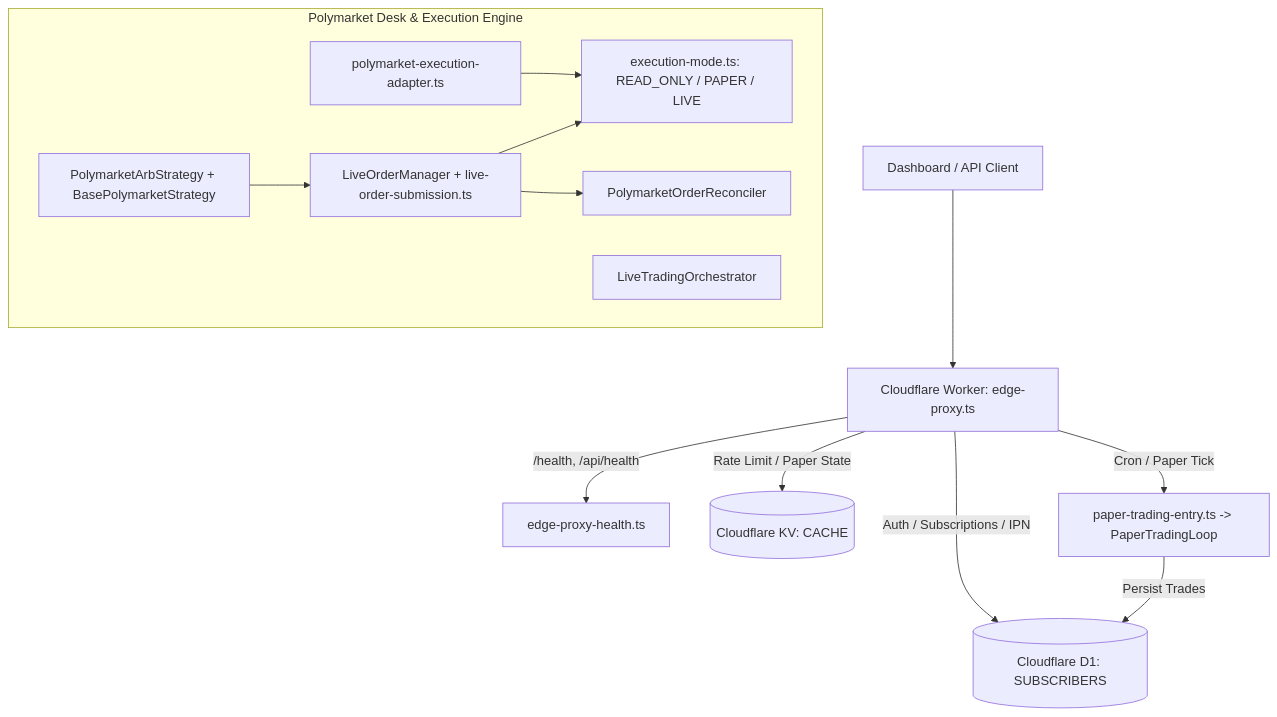
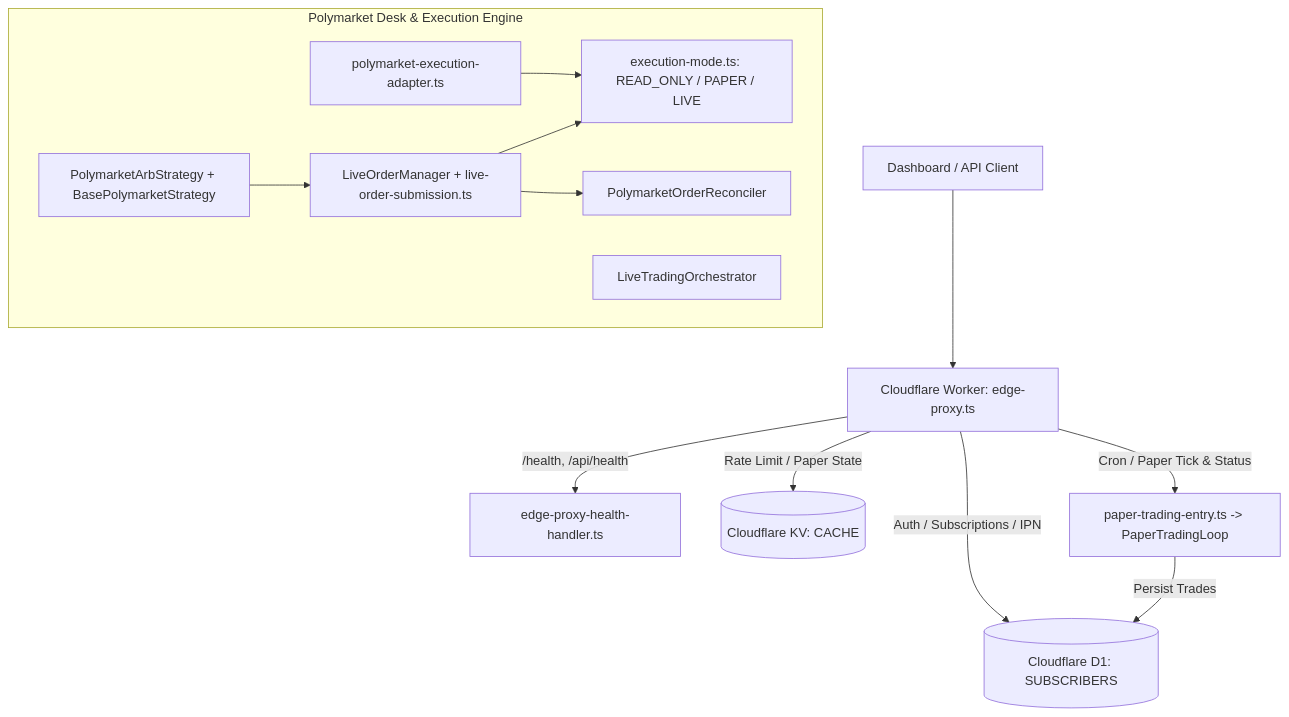
Before and after one commit to minhlongs/algo-trader: the diagram in plans/reports/audit-261101-golive-poly/01-system-map.md, drawn with Mermaid. The commit also changed other lines of this file and 9 other files, not shown here.

````diff
--- a/plans/reports/audit-261101-golive-poly/01-system-map.md
+++ b/plans/reports/audit-261101-golive-poly/01-system-map.md
@@ -5,23 +5,23 @@
 ```mermaid
 flowchart TD
   Client[Dashboard / API Client] --> Edge[Cloudflare Worker: edge-proxy.ts]
-  Edge -->|/health, /api/health| Health[edge-proxy-health.ts]
+  Edge -->|/health, /api/health| Health[edge-proxy-health-handler.ts]
   Edge -->|Auth / Subscriptions / IPN| D1[(Cloudflare D1: SUBSCRIBERS)]
   Edge -->|Rate Limit / Paper State| KV[(Cloudflare KV: CACHE)]
-  Edge -->|Cron / Paper Tick| Paper[paper-trading-entry.ts -> PaperTradingLoop]
+  Edge -->|Cron / Paper Tick & Status| Paper[paper-trading-entry.ts -> PaperTradingLoop]
   Paper -->|Persist Trades| D1
 
   subgraph NodeDesk [Polymarket Desk & Execution Engine]
     ModeGate[execution-mode.ts: READ_ONLY / PAPER / LIVE]
     Builder[polymarket-execution-adapter.ts]
     Orch[LiveTradingOrchestrator]
     LOM[LiveOrderManager + live-order-submission.ts]
     Reconciler[PolymarketOrderReconciler]
     Arb[PolymarketArbStrategy + BasePolymarketStrategy]
   end
 
   Arb --> LOM
   Builder --> ModeGate
   LOM --> ModeGate
   LOM --> Reconciler
 ```
````
